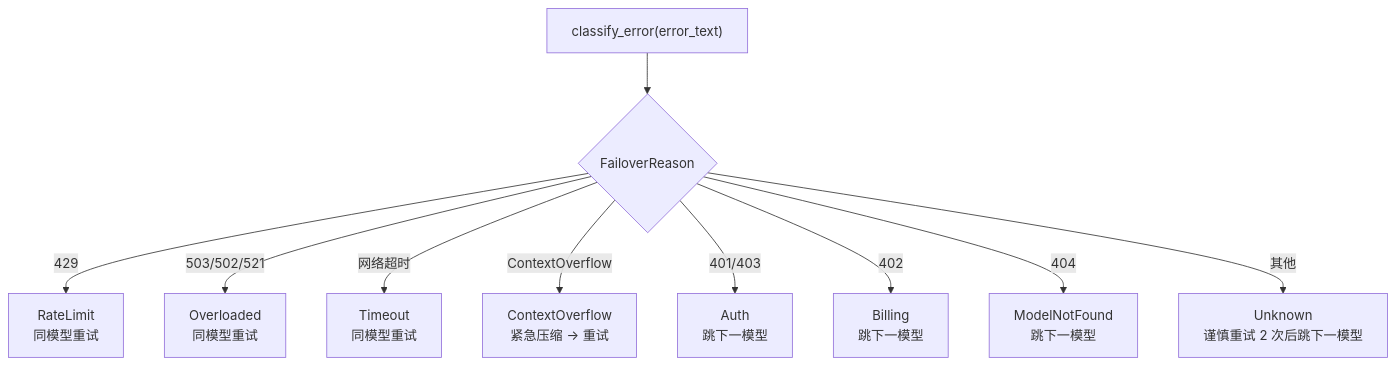
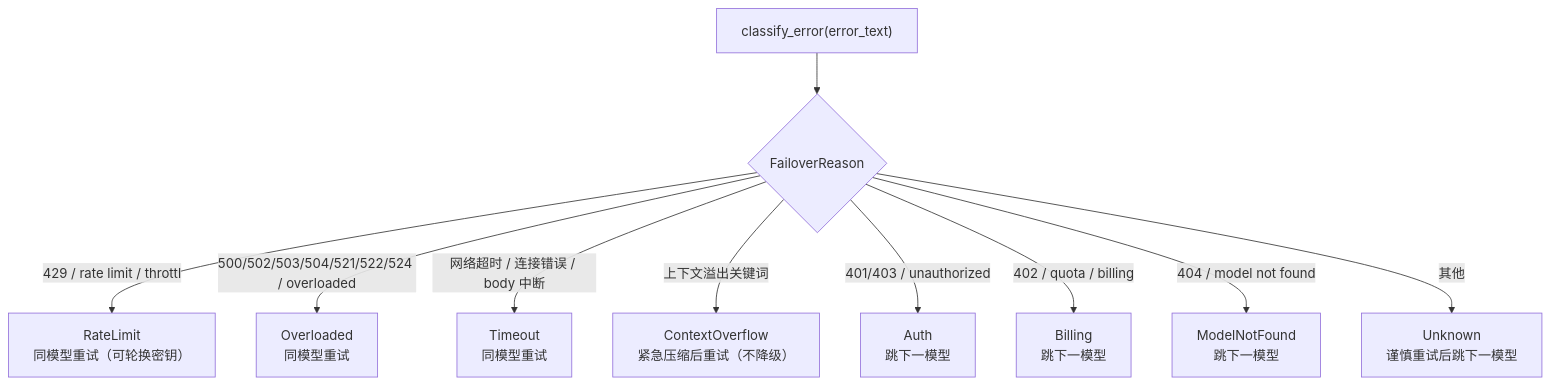
The ninth of 16 diagrams in docs/architecture/provider-system.md (shiwenwen/hope-agent), drawn with Mermaid before and after one commit. The commit also changed other lines of this file and 2 other files, not shown here.

````diff
--- a/docs/architecture/provider-system.md
+++ b/docs/architecture/provider-system.md
@@ -552,13 +539,13 @@
 ```mermaid
 flowchart TD
-  ERR["classify_error(error_text)"] --> R{FailoverReason}
+  ERR["classify_error(error_text)"] --> R{"FailoverReason"}
 
-  R -->|"429"| RL["RateLimit<br/>同模型重试"]
-  R -->|"503/502/521"| OL["Overloaded<br/>同模型重试"]
-  R -->|"网络超时"| TO["Timeout<br/>同模型重试"]
-  R -->|"ContextOverflow"| CO["ContextOverflow<br/>紧急压缩 → 重试"]
-  R -->|"401/403"| AU["Auth<br/>跳下一模型"]
-  R -->|"402"| BI["Billing<br/>跳下一模型"]
-  R -->|"404"| NF["ModelNotFound<br/>跳下一模型"]
-  R -->|"其他"| UK["Unknown<br/>谨慎重试 2 次后跳下一模型"]
+  R -->|"429 / rate limit / throttl"| RL["RateLimit<br/>同模型重试（可轮换密钥）"]
+  R -->|"500/502/503/504/521/522/524 / overloaded"| OL["Overloaded<br/>同模型重试"]
+  R -->|"网络超时 / 连接错误 / body 中断"| TO["Timeout<br/>同模型重试"]
+  R -->|"上下文溢出关键词"| CO["ContextOverflow<br/>紧急压缩后重试（不降级）"]
+  R -->|"401/403 / unauthorized"| AU["Auth<br/>跳下一模型"]
+  R -->|"402 / quota / billing"| BI["Billing<br/>跳下一模型"]
+  R -->|"404 / model not found"| NF["ModelNotFound<br/>跳下一模型"]
+  R -->|"其他"| UK["Unknown<br/>谨慎重试后跳下一模型"]
 ```
````
